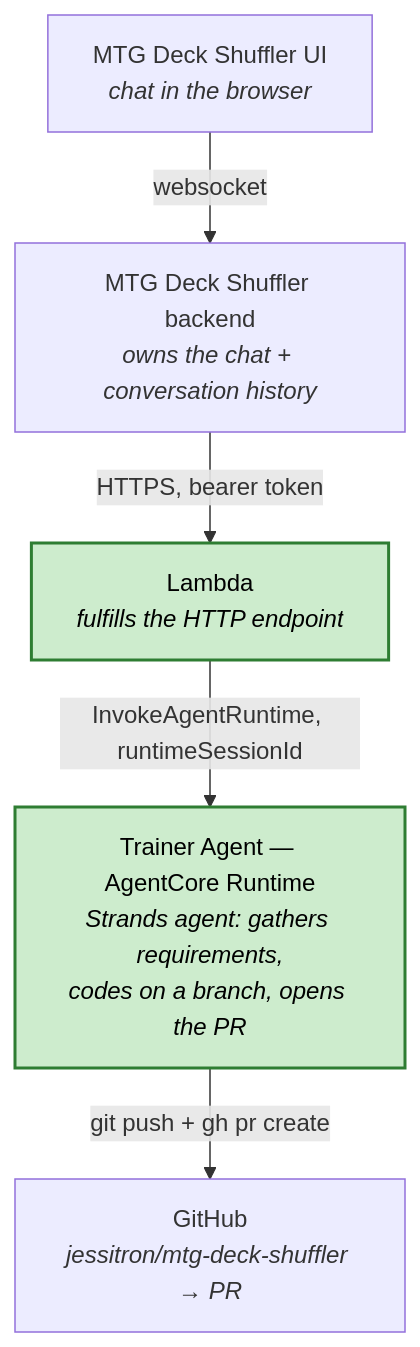
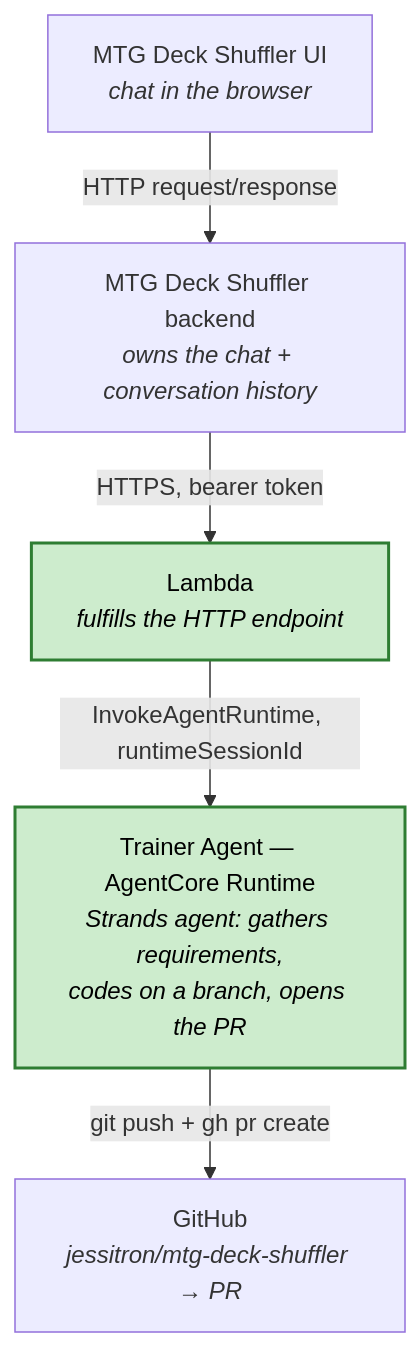
Before and after one commit to jessitron/small-coding-agent: the diagram in README.md, drawn with Mermaid. The commit also changed other lines of this file, not shown here.

Commit message:
Correct UI<->backend hop: request/response, not websocket - claude

````diff
--- a/README.md
+++ b/README.md
@@ -12,16 +12,16 @@
 ```mermaid
 flowchart TD
     UI["MTG Deck Shuffler UI<br/><i>chat in the browser</i>"]
     Backend["MTG Deck Shuffler backend<br/><i>owns the chat + conversation history</i>"]
     Lambda["Lambda<br/><i>fulfills the HTTP endpoint</i>"]
     Agent["Trainer Agent — AgentCore Runtime<br/><i>Strands agent: gathers requirements,<br/>codes on a branch, opens the PR</i>"]
     GitHub["GitHub<br/><i>jessitron/mtg-deck-shuffler → PR</i>"]
 
-    UI -->|websocket| Backend
+    UI -->|HTTP request/response| Backend
     Backend -->|HTTPS, bearer token| Lambda
     Lambda -->|InvokeAgentRuntime, runtimeSessionId| Agent
     Agent -->|git push + gh pr create| GitHub
 
     classDef inRepo fill:#cdeccd,stroke:#2e7d32,stroke-width:2px,color:#000;
     class Lambda,Agent inRepo;
 ```
````
